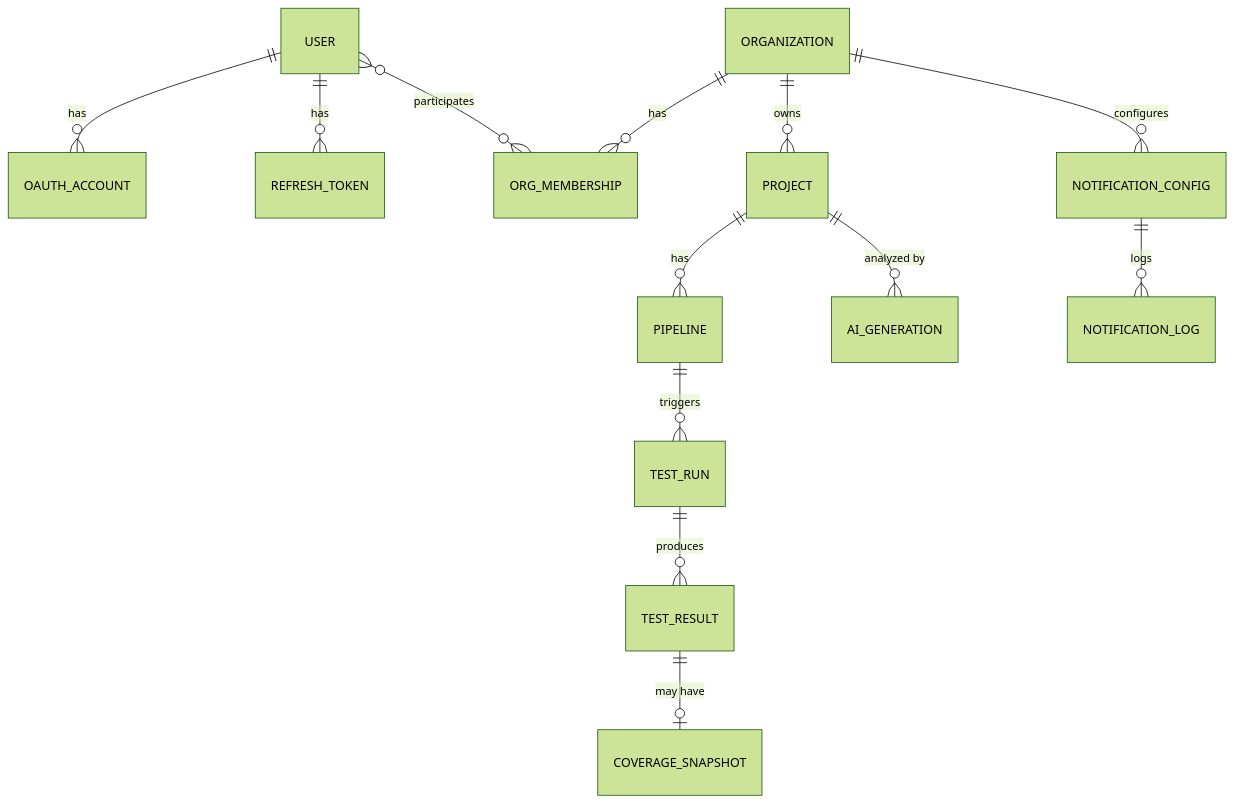
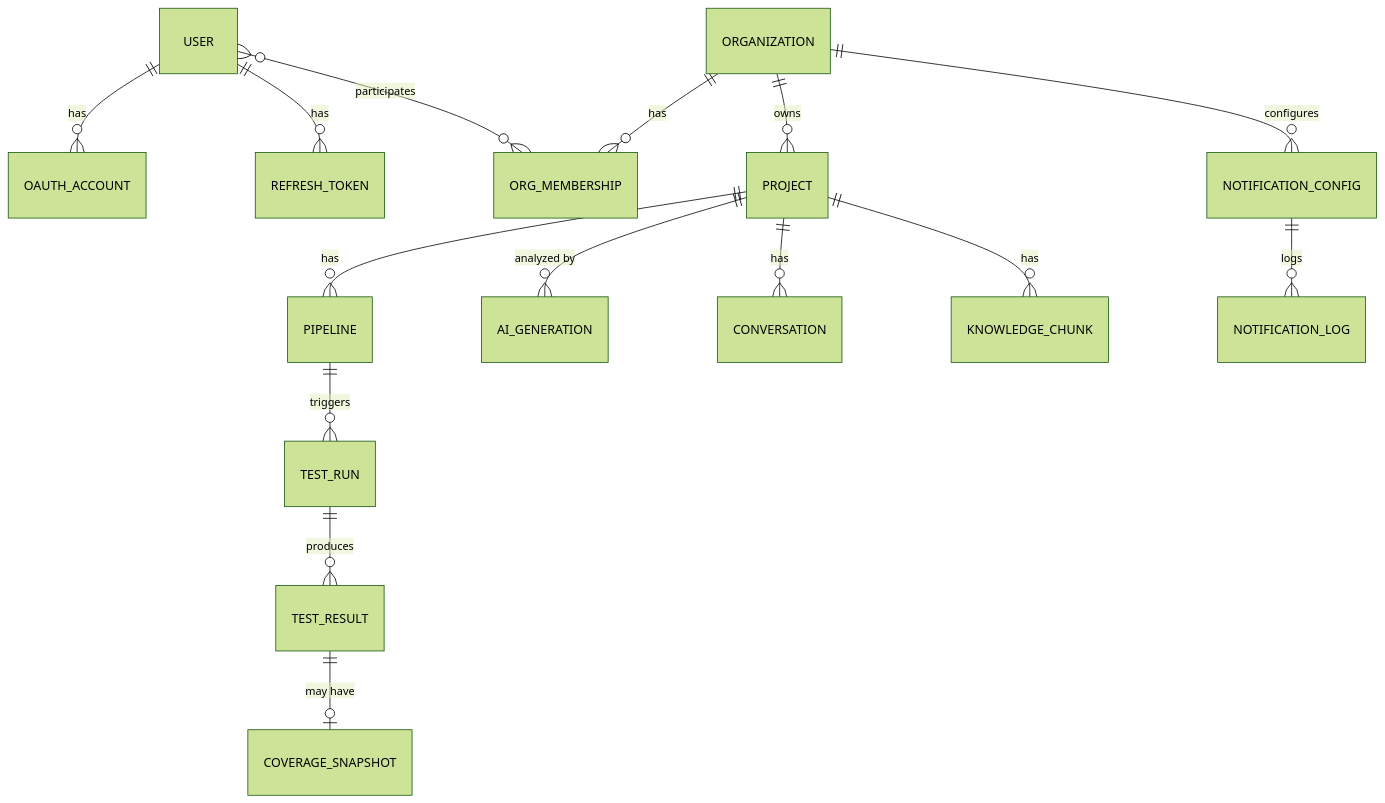
Before and after one commit to micode-ai/testing-ai-assistant: the eighth of 9 diagrams in docs/ru/database.md, drawn with Mermaid (forest theme). The commit also changed other lines of this file and 43 other files, not shown here.

````diff
--- a/docs/ru/database.md
+++ b/docs/ru/database.md
@@ -239,21 +271,23 @@
 ```mermaid
 erDiagram
     USER ||--o{ OAUTH_ACCOUNT : "has"
     USER ||--o{ REFRESH_TOKEN : "has"
     USER }o--o{ ORG_MEMBERSHIP : "participates"
 
     ORGANIZATION ||--o{ ORG_MEMBERSHIP : "has"
     ORGANIZATION ||--o{ PROJECT : "owns"
     ORGANIZATION ||--o{ NOTIFICATION_CONFIG : "configures"
 
     PROJECT ||--o{ PIPELINE : "has"
     PROJECT ||--o{ AI_GENERATION : "analyzed by"
+    PROJECT ||--o{ CONVERSATION : "has"
+    PROJECT ||--o{ KNOWLEDGE_CHUNK : "has"
 
     PIPELINE ||--o{ TEST_RUN : "triggers"
 
     TEST_RUN ||--o{ TEST_RESULT : "produces"
 
     TEST_RESULT ||--o| COVERAGE_SNAPSHOT : "may have"
 
     NOTIFICATION_CONFIG ||--o{ NOTIFICATION_LOG : "logs"
 ```
````
